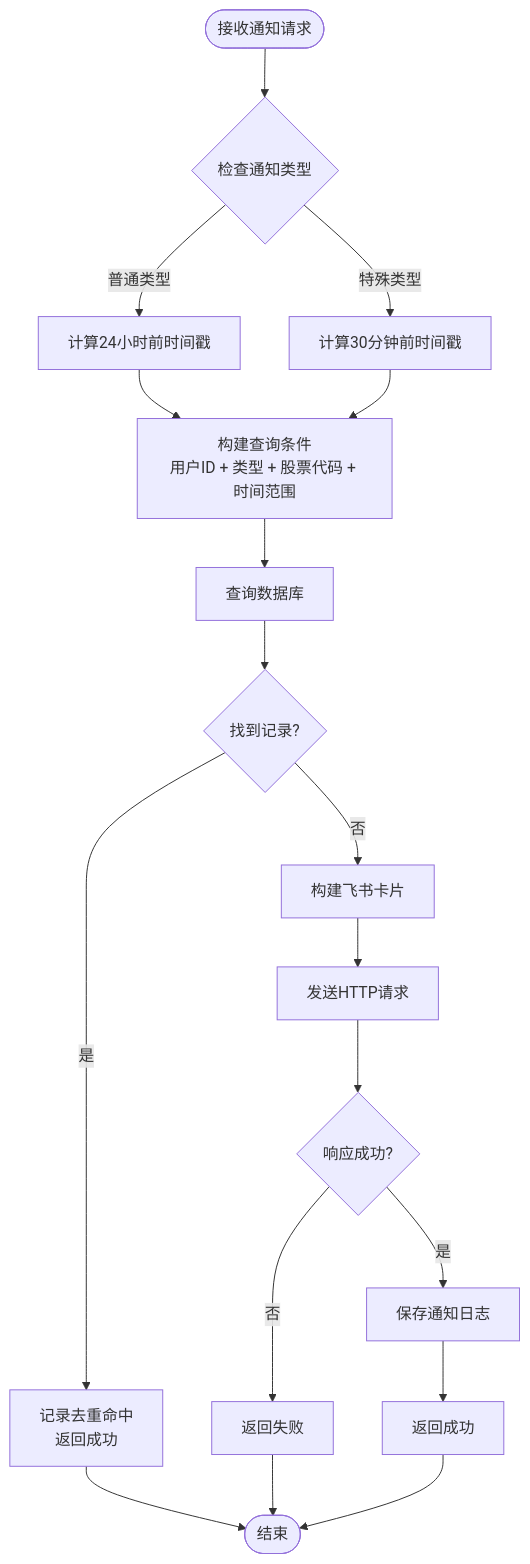
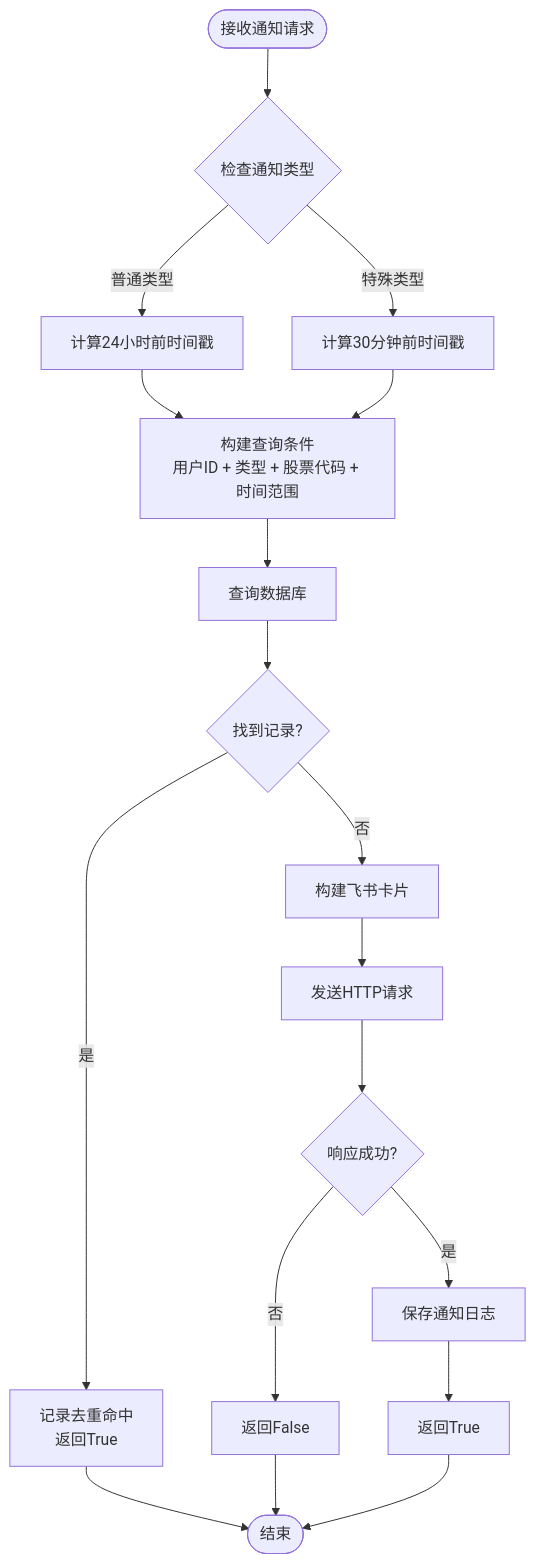
The fifth of 9 diagrams in .qoder/repowiki/zh/content/系统架构/通知系统.md (breeze-lyf/ai-stock-advisor), drawn with Mermaid before and after one commit. The commit also changed other lines of this file and 122 other files, not shown here.

````diff
--- a/.qoder/repowiki/zh/content/系统架构/通知系统.md
+++ b/.qoder/repowiki/zh/content/系统架构/通知系统.md
@@ -178,20 +224,20 @@
 ```mermaid
 flowchart TD
 Start([接收通知请求]) --> CheckType{检查通知类型}
 CheckType --> |普通类型| CalcDay24["计算24小时前时间戳"]
 CheckType --> |特殊类型| CalcWindow30["计算30分钟前时间戳"]
 CalcDay24 --> BuildQuery["构建查询条件<br/>用户ID + 类型 + 股票代码 + 时间范围"]
 CalcWindow30 --> BuildQuery
 BuildQuery --> QueryDB["查询数据库"]
 QueryDB --> HasRecord{"找到记录?"}
-HasRecord --> |是| LogHit["记录去重命中<br/>返回成功"]
+HasRecord --> |是| LogHit["记录去重命中<br/>返回True"]
 HasRecord --> |否| BuildCard["构建飞书卡片"]
 LogHit --> End([结束])
 BuildCard --> SendRequest["发送HTTP请求"]
 SendRequest --> CheckResponse{"响应成功?"}
 CheckResponse --> |是| SaveLog["保存通知日志"]
-CheckResponse --> |否| ReturnFalse["返回失败"]
-SaveLog --> ReturnTrue["返回成功"]
+CheckResponse --> |否| ReturnFalse["返回False"]
+SaveLog --> ReturnTrue["返回True"]
 ReturnFalse --> End
 ReturnTrue --> End
 ```
````
